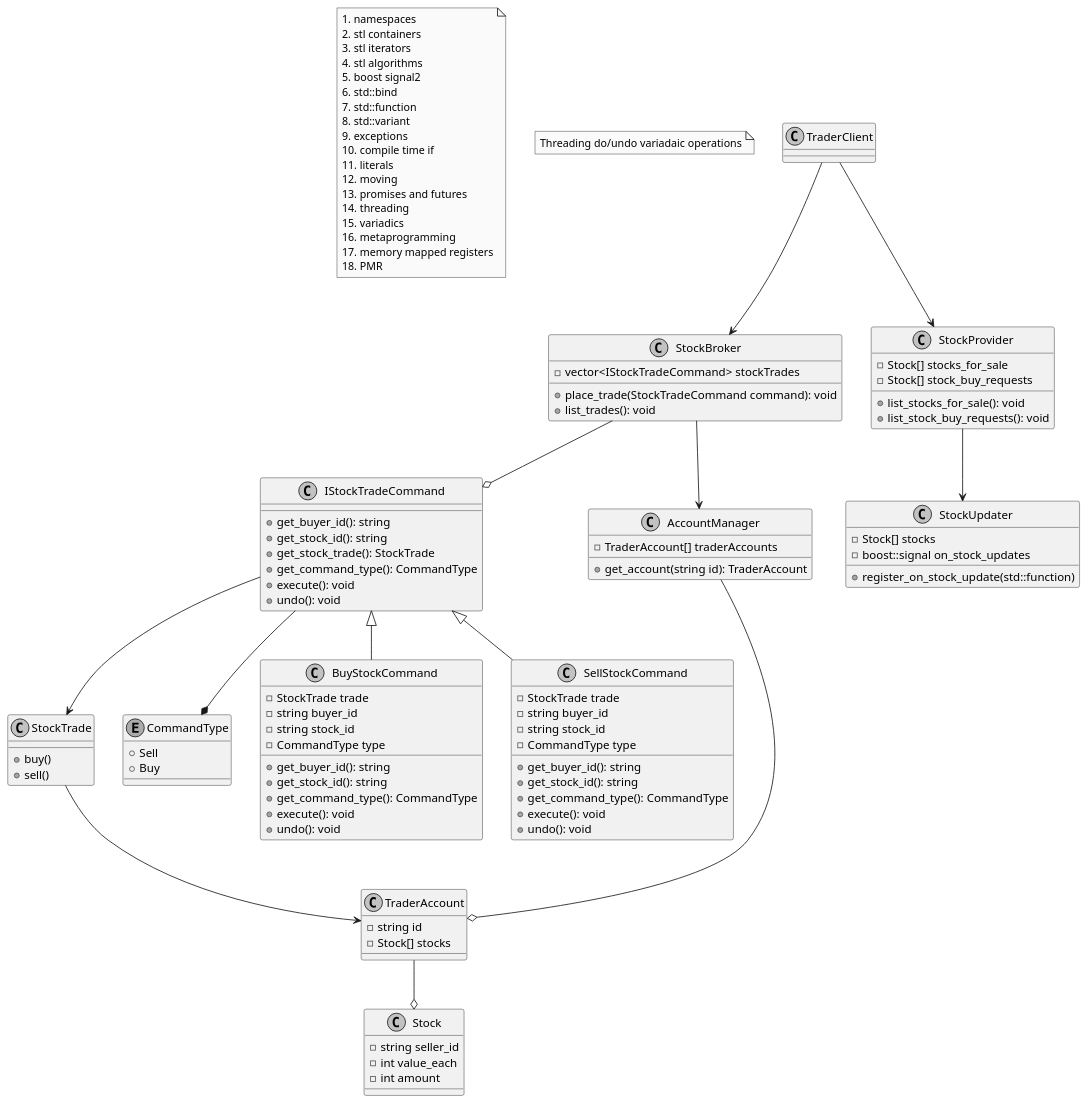
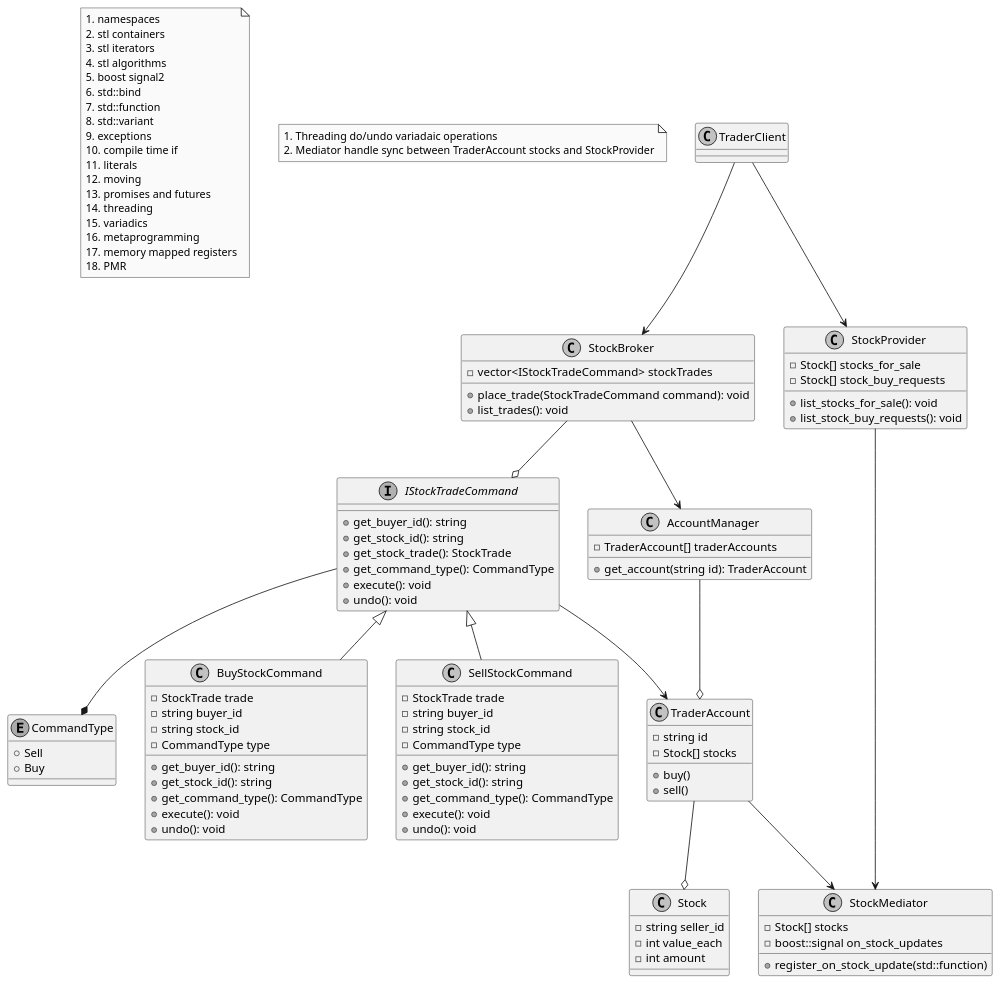
One commit to MarcusGasberg/apk_stock_market changed the diagram in stock-market.pu. Above: the diagram before and after it, drawn with PlantUML.

Commit message:
Update cl again

```diff
--- a/stock-market.pu
+++ b/stock-market.pu
@@ -1,129 +1,127 @@
 @startuml StockMarket Class Diagram
 skinparam Monochrome true
 skinparam Shadowing false
 
 note as N1
   # namespaces
   # stl containers
   # stl iterators
   # stl algorithms
   # boost signal2
   # std::bind
   # std::function
   # std::variant
   # exceptions
   # compile time if
   # literals
   # moving
   # promises and futures
   # threading
   # variadics
   # metaprogramming
   # memory mapped registers
   # PMR
 end note
 
 
 note as N2
-  Threading do/undo variadaic operations
+  # Threading do/undo variadaic operations
+  # Mediator handle sync between TraderAccount stocks and StockProvider
 end note
 
 class TraderClient {
 
 }
 
 class StockBroker {
   - vector<IStockTradeCommand> stockTrades
   + place_trade(StockTradeCommand command): void
   + list_trades(): void
 } 
 
-class StockTrade {
-  + buy()
-  + sell()
-}
-
-class IStockTradeCommand {
+interface IStockTradeCommand {
   + get_buyer_id(): string
   + get_stock_id(): string
   + get_stock_trade(): StockTrade
   + get_command_type(): CommandType
   + execute(): void
   + undo(): void
 }
 
 enum CommandType {
   + Sell
   + Buy
 }
 
 class BuyStockCommand {
   - StockTrade trade
   - string buyer_id
   - string stock_id
   - CommandType type
   + get_buyer_id(): string
   + get_stock_id(): string
   + get_command_type(): CommandType
   + execute(): void
   + undo(): void
 }
+
 class SellStockCommand {
   - StockTrade trade
   - string buyer_id
   - string stock_id
   - CommandType type
   + get_buyer_id(): string
   + get_stock_id(): string
   + get_command_type(): CommandType
   + execute(): void
   + undo(): void
 }
 
 class StockProvider {
   - Stock[] stocks_for_sale
   - Stock[] stock_buy_requests
   + list_stocks_for_sale(): void
   + list_stock_buy_requests(): void
 }
 
-class StockUpdater {
+class StockMediator {
   - Stock[] stocks
   - boost::signal on_stock_updates
   + register_on_stock_update(std::function)
 }
 
 class AccountManager {
   - TraderAccount[] traderAccounts
   + get_account(string id): TraderAccount
 }
 
 class TraderAccount {
   - string id
   - Stock[] stocks
+  + buy()
+  + sell()
 }
 
 class Stock {
   - string seller_id
   - int value_each
   - int amount
 }
 
 IStockTradeCommand --* CommandType
 IStockTradeCommand <|-- BuyStockCommand
 IStockTradeCommand <|-- SellStockCommand
-IStockTradeCommand --> StockTrade
+IStockTradeCommand --> TraderAccount
 
 StockBroker --o IStockTradeCommand
 TraderClient --> StockBroker
 
 TraderClient --> StockProvider
-StockProvider --> StockUpdater
-
-StockTrade --> TraderAccount
+StockProvider --> StockMediator
 
 AccountManager --o TraderAccount
 TraderAccount --o Stock
 StockBroker --> AccountManager
+TraderAccount --> StockMediator
 
 @enduml
```
